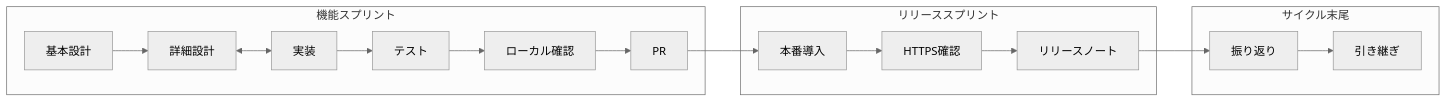
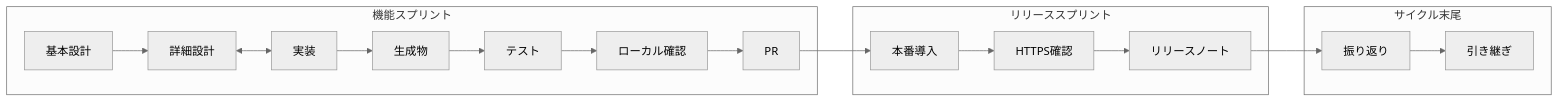
The diagram in docs/README.md (HaraRyonosuke/condition-tracker), drawn with Mermaid (neutral theme) before and after one commit. The commit also changed other lines of this file and 4 other files, not shown here.

````diff
--- a/docs/README.md
+++ b/docs/README.md
@@ -35,27 +36,28 @@
 ```mermaid
 flowchart LR
   subgraph featureSprint [機能スプリント]
     basicDesign[基本設計]
     detailedDesign[詳細設計]
     implementation[実装]
+    generatedCheck[生成物]
     testing[テスト]
     localVerify[ローカル確認]
     pr[PR]
     basicDesign --> detailedDesign
     detailedDesign <--> implementation
-    implementation --> testing --> localVerify --> pr
+    implementation --> generatedCheck --> testing --> localVerify --> pr
   end
   subgraph releaseSprint [リリーススプリント]
     production[本番導入]
     verify[HTTPS確認]
     releaseNotes[リリースノート]
     production --> verify --> releaseNotes
   end
   subgraph cycleEnd [サイクル末尾]
     retrospective[振り返り]
     handoff[引き継ぎ]
     retrospective --> handoff
   end
   pr --> production
   releaseNotes --> retrospective
 ```
````
